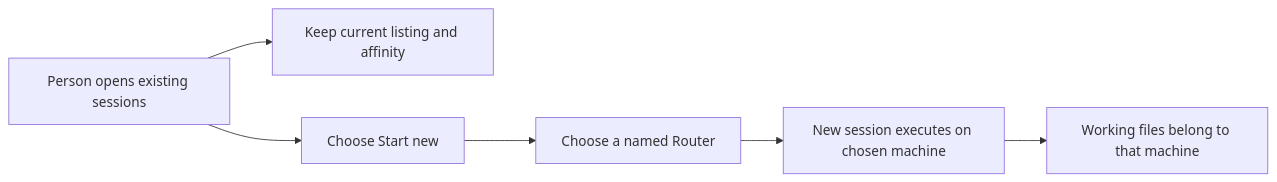
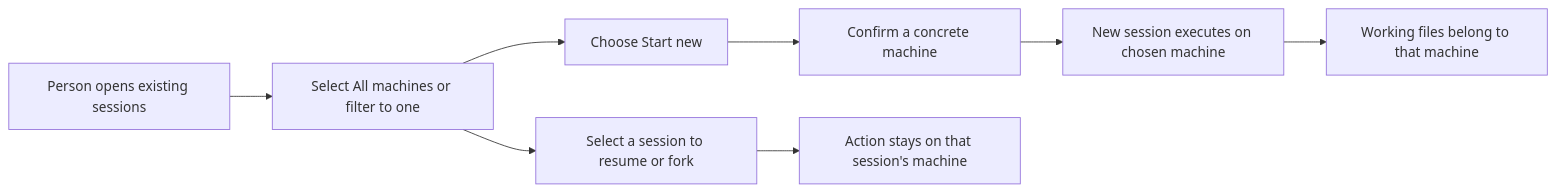
The diagram in docs/specs/2026-10-03-router-selector/2026-10-03-router-selector-requirements.md (ShravanSunder/codex-router), drawn with Mermaid before and after one commit. The commit also changed other lines of this file and 7 other files, not shown here.

````diff
--- a/docs/specs/2026-10-03-router-selector/2026-10-03-router-selector-requirements.md
+++ b/docs/specs/2026-10-03-router-selector/2026-10-03-router-selector-requirements.md
@@ -9,8 +11,10 @@
 ```mermaid
 flowchart LR
-  A[Person opens existing sessions] --> B[Keep current listing and affinity]
-  A --> C[Choose Start new]
-  C --> D[Choose a named Router]
+  A[Person opens existing sessions] --> B[Select All machines or filter to one]
+  B --> C[Choose Start new]
+  C --> D[Confirm a concrete machine]
   D --> E[New session executes on chosen machine]
   E --> F[Working files belong to that machine]
+  B --> G[Select a session to resume or fork]
+  G --> H[Action stays on that session's machine]
 ```
````
